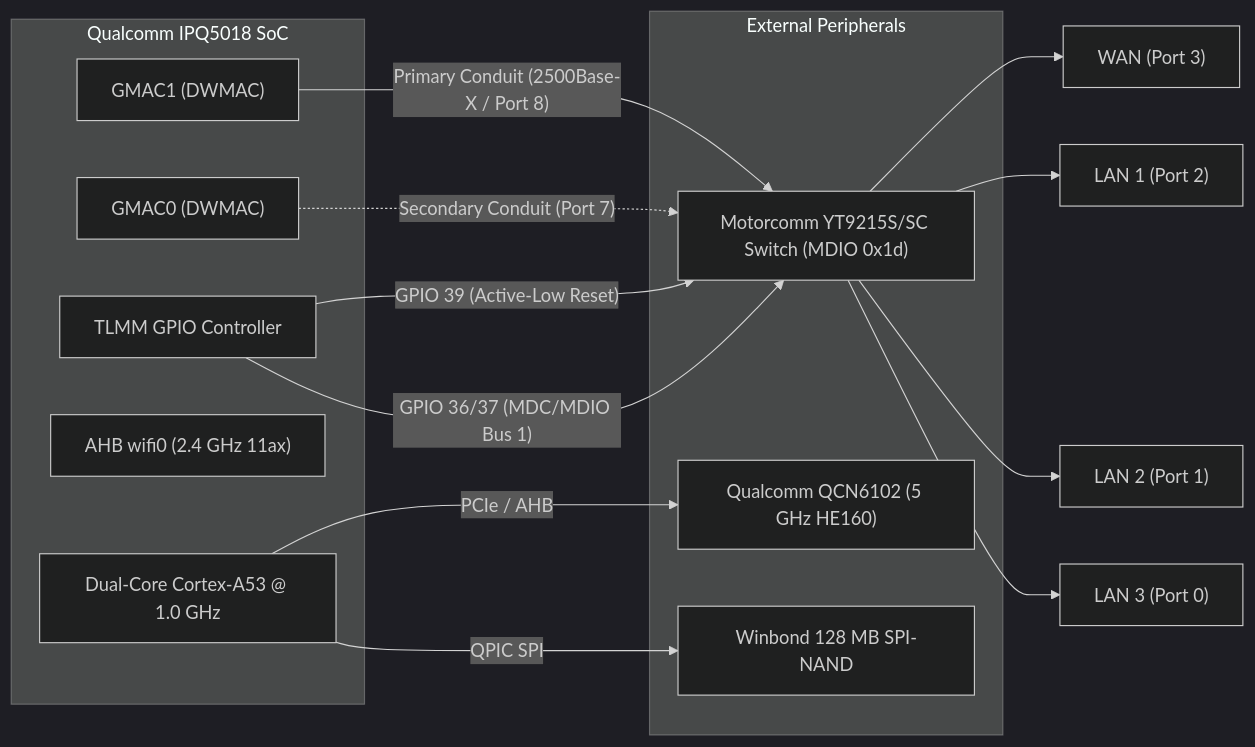
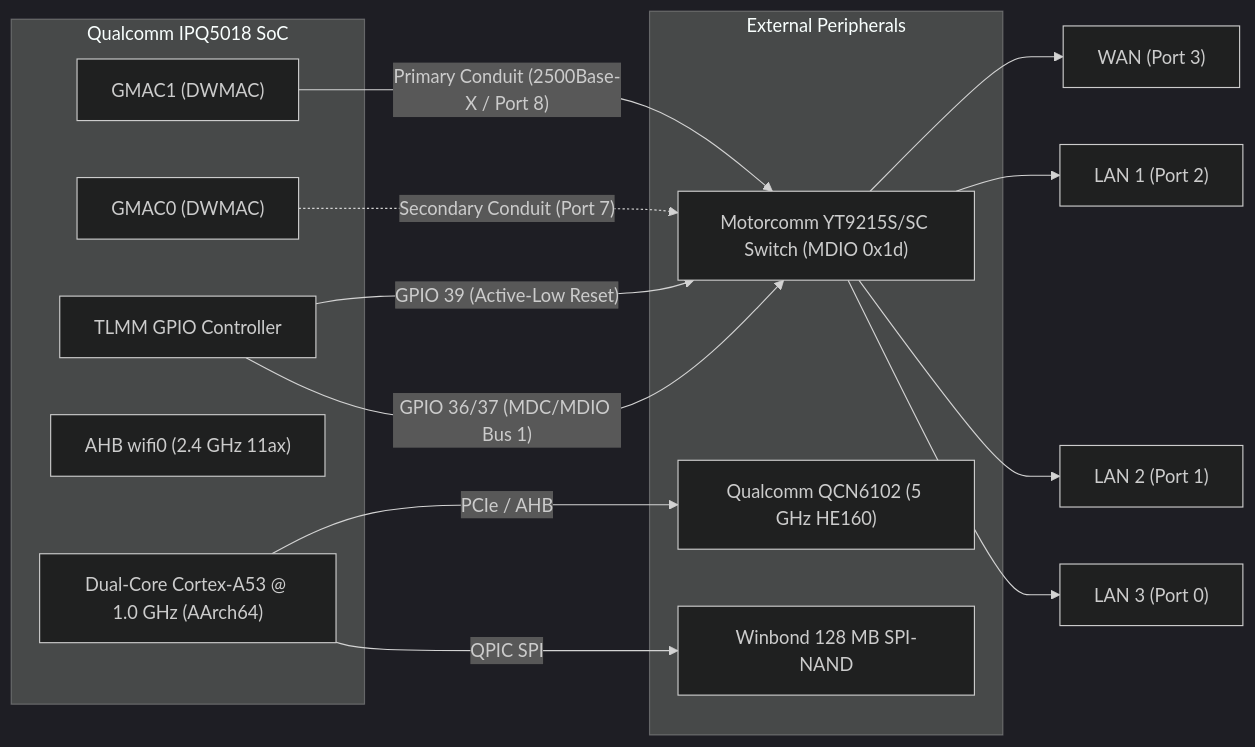
The first of 2 diagrams in docs/DSA_BASELINE_DESIGN.md (KiritoMainBro88/CR8808-CUSTOM-FIRMWARE), drawn with Mermaid (dark theme) before and after one commit. The commit also changed other lines of this file and 11 other files, not shown here.

````diff
--- a/docs/DSA_BASELINE_DESIGN.md
+++ b/docs/DSA_BASELINE_DESIGN.md
@@ -24,28 +26,28 @@
 ```mermaid
 graph LR
     subgraph "Qualcomm IPQ5018 SoC"
-        CPU["Dual-Core Cortex-A53 @ 1.0 GHz"]
+        CPU["Dual-Core Cortex-A53 @ 1.0 GHz (AArch64)"]
         GMAC1["GMAC1 (DWMAC)"]
         GMAC0["GMAC0 (DWMAC)"]
         WIFI0["AHB wifi0 (2.4 GHz 11ax)"]
         TLMM["TLMM GPIO Controller"]
     end
 
     subgraph "External Peripherals"
         SWITCH["Motorcomm YT9215S/SC Switch (MDIO 0x1d)"]
         WIFI1["Qualcomm QCN6102 (5 GHz HE160)"]
         NAND["Winbond 128 MB SPI-NAND"]
     end
 
     GMAC1 -- "Primary Conduit (2500Base-X / Port 8)" --> SWITCH
     GMAC0 -. "Secondary Conduit (Port 7)" .-> SWITCH
     TLMM -- "GPIO 39 (Active-Low Reset)" --> SWITCH
     TLMM -- "GPIO 36/37 (MDC/MDIO Bus 1)" --> SWITCH
     CPU -- "PCIe / AHB" --> WIFI1
     CPU -- "QPIC SPI" --> NAND
 
     SWITCH --> WAN["WAN (Port 3)"]
     SWITCH --> LAN1["LAN 1 (Port 2)"]
     SWITCH --> LAN2["LAN 2 (Port 1)"]
     SWITCH --> LAN3["LAN 3 (Port 0)"]
 ```
````
